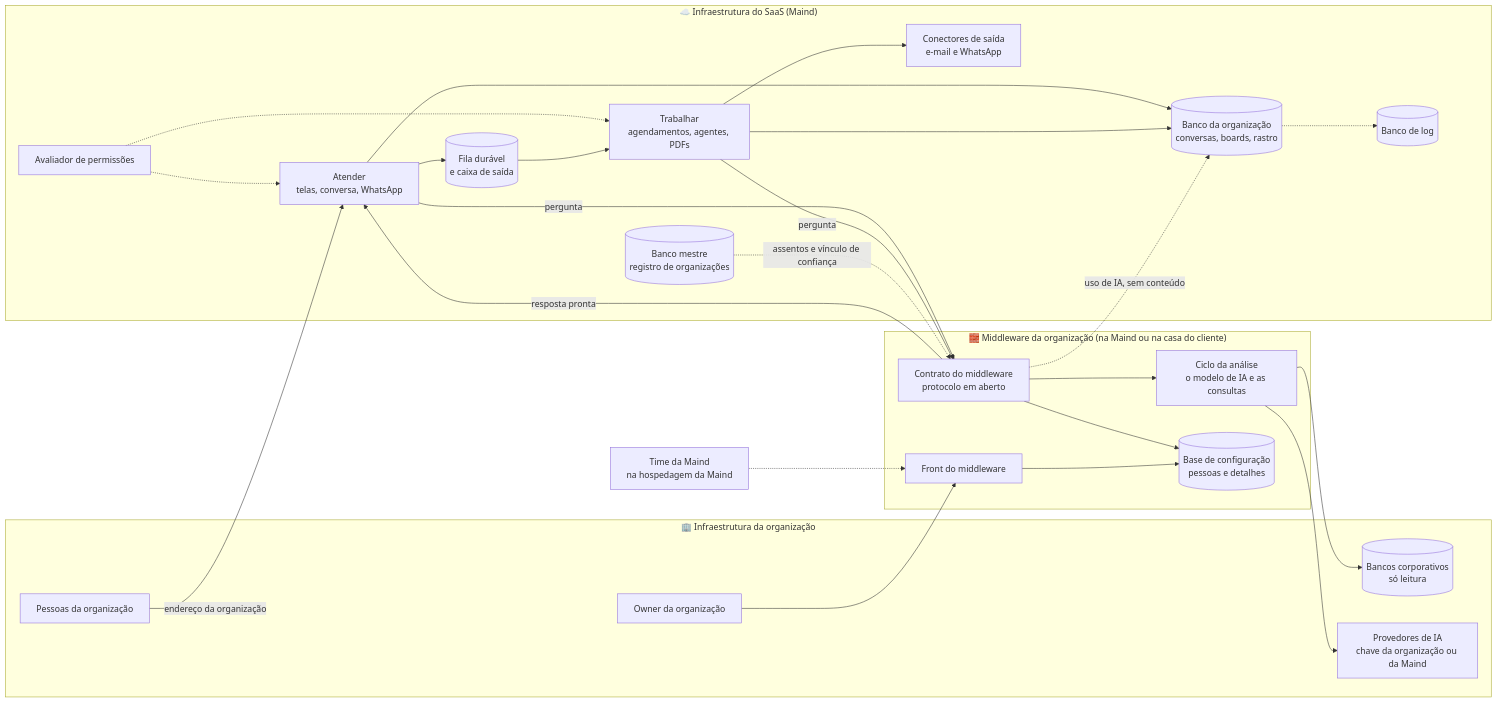
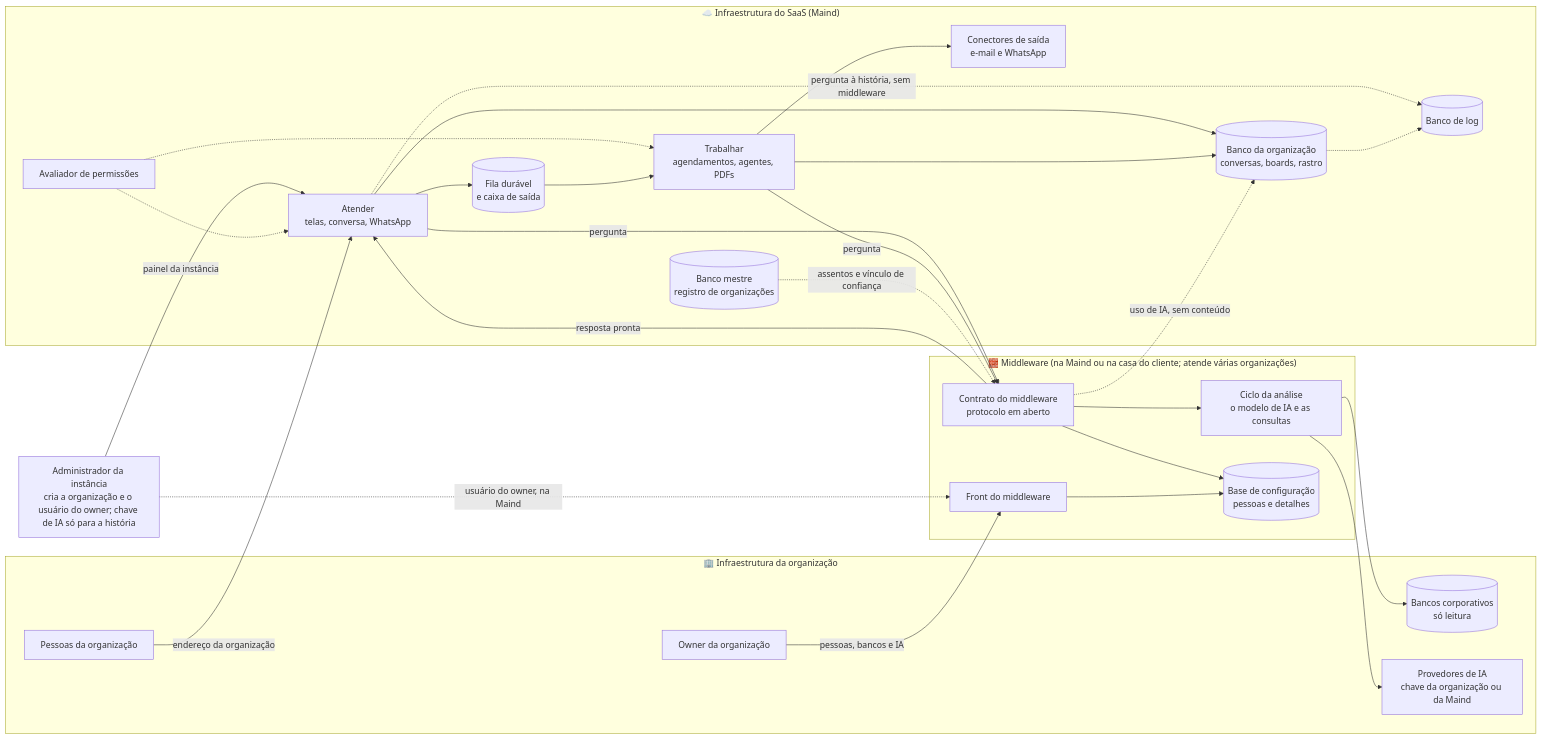
One commit to fabioabr/horus-v2-docs changed the diagram in docs/raw/arquitetura/01-estrategia-da-solucao.md. Above: the diagram before and after it, drawn with Mermaid. The commit also changed other lines of this file and 24 other files, not shown here.

````diff
--- a/docs/raw/arquitetura/01-estrategia-da-solucao.md
+++ b/docs/raw/arquitetura/01-estrategia-da-solucao.md
@@ -43,46 +43,48 @@
 ```mermaid
 flowchart LR
     subgraph CLI["🏢 Infraestrutura da organização"]
         PES["Pessoas da organização"]
         OWN["Owner da organização"]
         BDC[("Bancos corporativos<br/>só leitura")]
         PIA["Provedores de IA<br/>chave da organização ou da Maind"]
     end
     subgraph SAAS["☁️ Infraestrutura do SaaS (Maind)"]
         ATE["Atender<br/>telas, conversa, WhatsApp"]
         TRA["Trabalhar<br/>agendamentos, agentes, PDFs"]
         AVA["Avaliador de permissões"]
         FILA[("Fila durável<br/>e caixa de saída")]
         BME[("Banco mestre<br/>registro de organizações")]
         BOR[("Banco da organização<br/>conversas, boards, rastro")]
         BLO[("Banco de log")]
         CON["Conectores de saída<br/>e-mail e WhatsApp"]
     end
-    subgraph MID["🧱 Middleware da organização (na Maind ou na casa do cliente)"]
+    subgraph MID["🧱 Middleware (na Maind ou na casa do cliente; atende várias organizações)"]
         CTR["Contrato do middleware<br/>protocolo em aberto"]
         CIC["Ciclo da análise<br/>o modelo de IA e as consultas"]
         BCF[("Base de configuração<br/>pessoas e detalhes")]
         FMI["Front do middleware"]
     end
-    MAI["Time da Maind<br/>na hospedagem da Maind"]
+    ADM["Administrador da instância<br/>cria a organização e o usuário do owner; chave de IA só para a história"]
     PES -->|"endereço da organização"| ATE
+    ADM -->|"painel da instância"| ATE
+    ATE -.->|"pergunta à história, sem middleware"| BLO
     AVA -.-> ATE
     AVA -.-> TRA
     ATE --> FILA --> TRA
     TRA --> CON
     ATE --> BOR
     TRA --> BOR
     BOR -.-> BLO
     ATE -->|"pergunta"| CTR
     TRA -->|"pergunta"| CTR
     CTR -->|"resposta pronta"| ATE
     CTR -.->|"uso de IA, sem conteúdo"| BOR
     BME -.->|"assentos e vínculo de confiança"| CTR
     CTR --> CIC
     CTR --> BCF
     CIC --> BDC
     CIC --> PIA
-    OWN --> FMI
-    MAI -.-> FMI
+    OWN -->|"pessoas, bancos e IA"| FMI
+    ADM -.->|"usuário do owner, na Maind"| FMI
     FMI --> BCF
 ```
````
